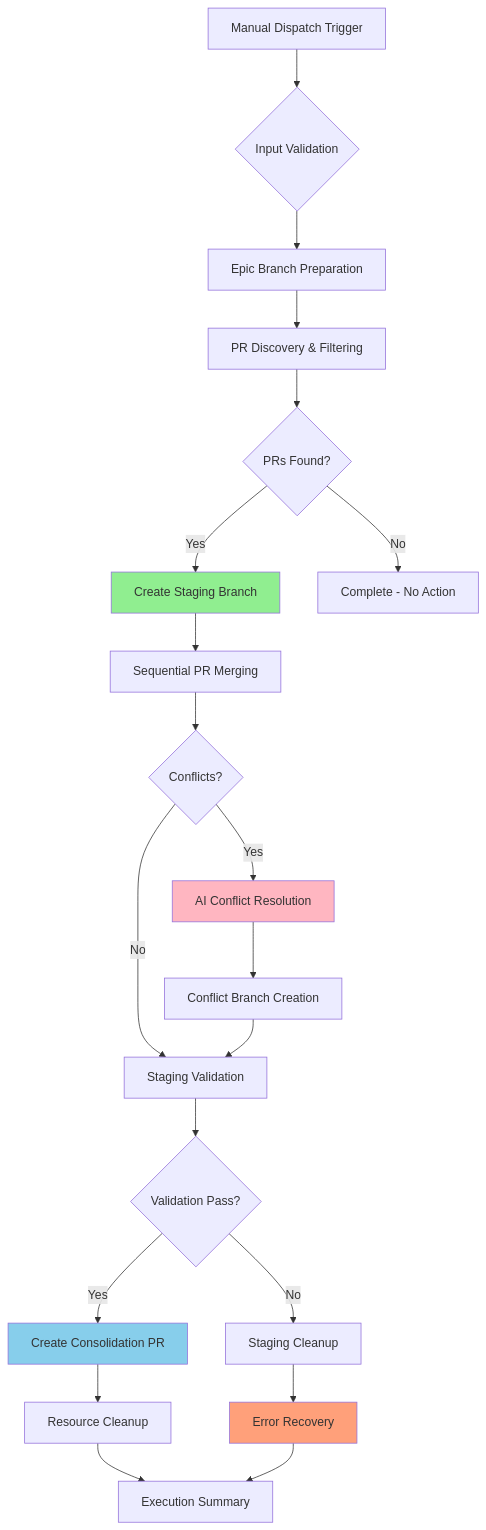
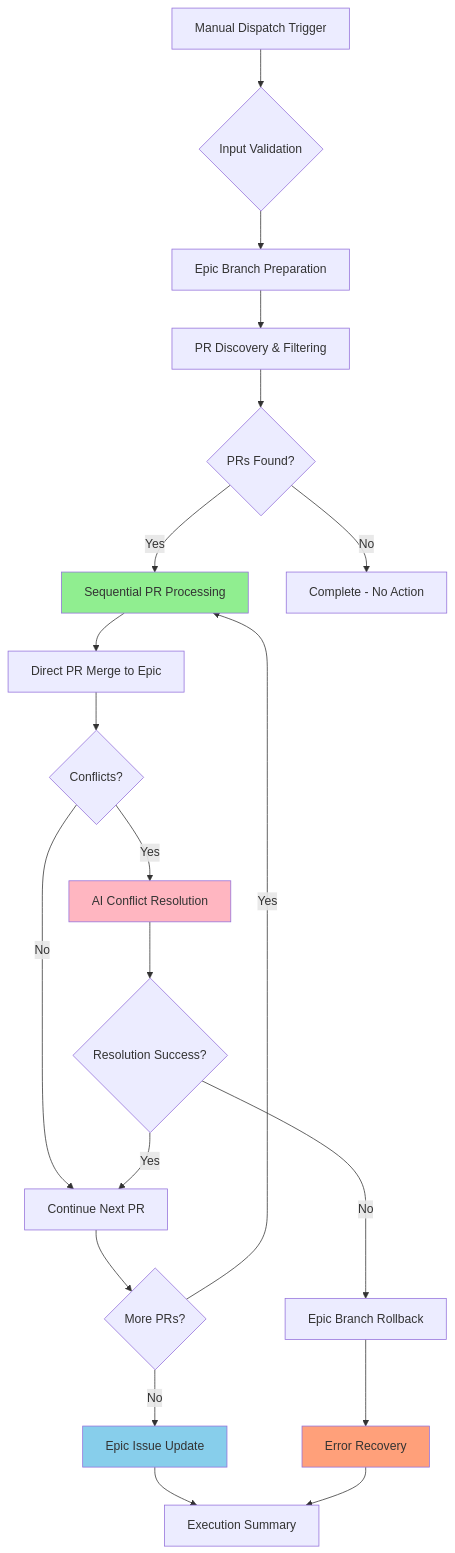
Before and after one commit to Zarichney-Development/zarichney-api: the first of 2 diagrams in Docs/Development/CoverageEpicMergeOrchestration.md, drawn with Mermaid. The commit also changed other lines of this file and 4 other files, not shown here.

First line of the commit message:
feat: transform Coverage Epic Merge Orchestrator to direct PR merging architecture

````diff
--- a/Docs/Development/CoverageEpicMergeOrchestration.md
+++ b/Docs/Development/CoverageEpicMergeOrchestration.md
@@ -28,33 +28,33 @@
 ```mermaid
 flowchart TD
     A[Manual Dispatch Trigger] --> B{Input Validation}
     B --> C[Epic Branch Preparation]
     C --> D[PR Discovery & Filtering]
     D --> E{PRs Found?}
     
-    E -->|Yes| F[Create Staging Branch]
+    E -->|Yes| F[Sequential PR Processing]
     E -->|No| Z[Complete - No Action]
     
-    F --> G[Sequential PR Merging]
+    F --> G[Direct PR Merge to Epic]
     G --> H{Conflicts?}
     
-    H -->|No| I[Staging Validation]
+    H -->|No| I[Continue Next PR]
     H -->|Yes| J[AI Conflict Resolution]
     
-    J --> K[Conflict Branch Creation]
-    K --> I
+    J --> K{Resolution Success?}
+    K -->|Yes| I
+    K -->|No| L[Epic Branch Rollback]
     
-    I --> L{Validation Pass?}
-    L -->|Yes| M[Create Consolidation PR]
-    L -->|No| N[Staging Cleanup]
+    I --> M{More PRs?}
+    M -->|Yes| F
+    M -->|No| N[Epic Issue Update]
     
-    M --> O[Resource Cleanup]
-    N --> P[Error Recovery]
-    O --> Q[Execution Summary]
-    P --> Q
+    L --> O[Error Recovery]
+    N --> P[Execution Summary]
+    O --> P
     
     style F fill:#90EE90
     style J fill:#FFB6C1
-    style M fill:#87CEEB
-    style P fill:#FFA07A
+    style N fill:#87CEEB
+    style O fill:#FFA07A
 ```
````
